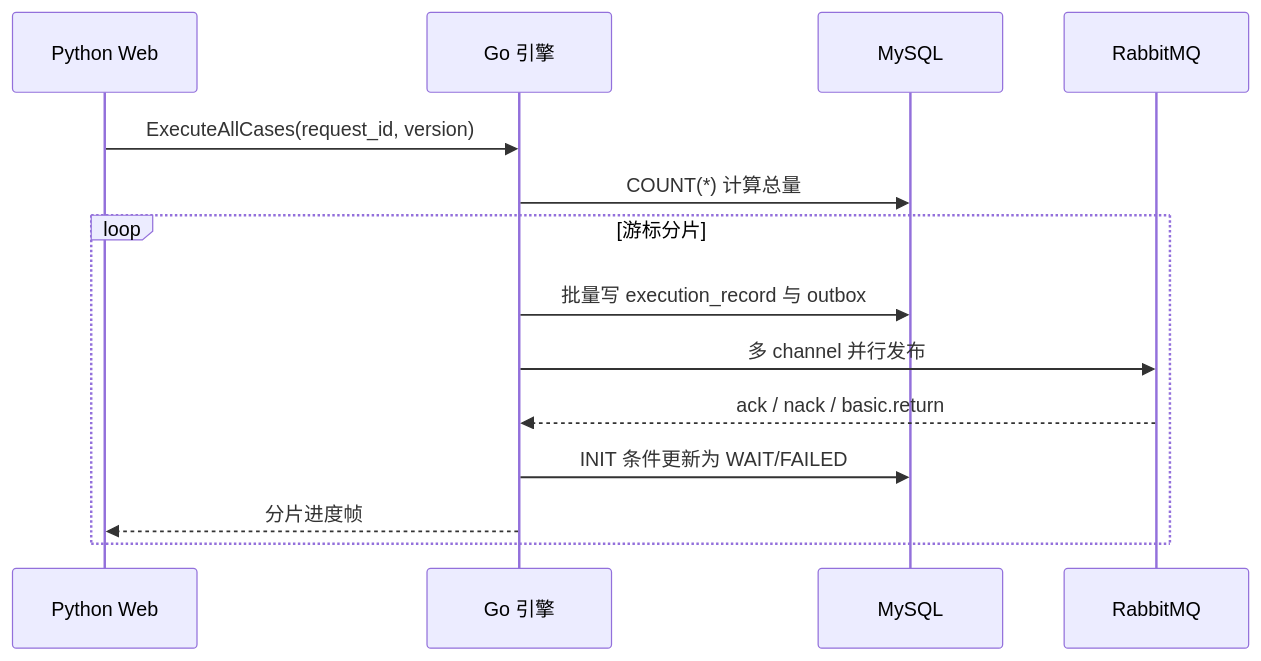
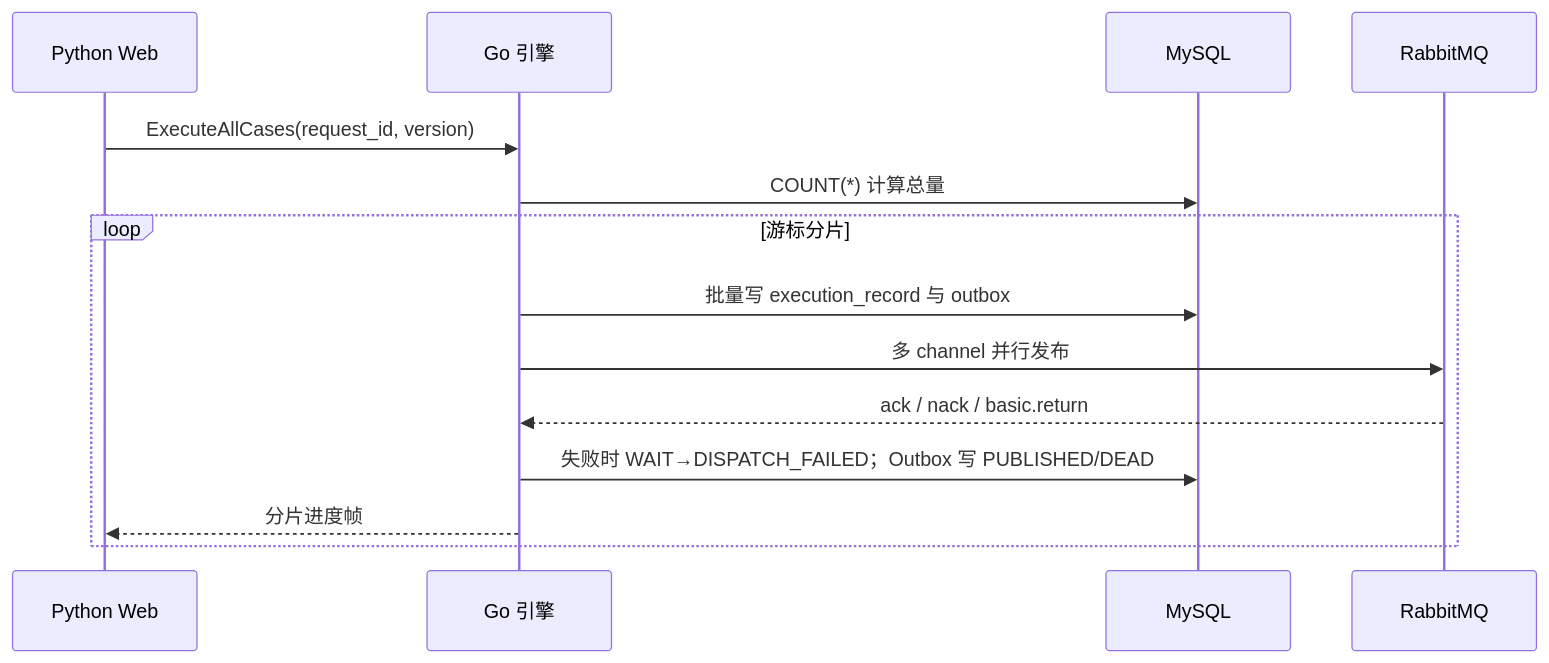
One commit to LuukkaToT/case-execution changed the diagram in execution-engine/docs/architecture.md. Above: the diagram before and after it, drawn with Mermaid. The commit also changed other lines of this file and 26 other files, not shown here.

````diff
--- a/execution-engine/docs/architecture.md
+++ b/execution-engine/docs/architecture.md
@@ -11,17 +11,17 @@
 ```mermaid
 sequenceDiagram
     participant P as Python Web
     participant G as Go 引擎
     participant D as MySQL
     participant M as RabbitMQ
 
     P->>G: ExecuteAllCases(request_id, version)
     G->>D: COUNT(*) 计算总量
     loop 游标分片
         G->>D: 批量写 execution_record 与 outbox
         G->>M: 多 channel 并行发布
         M-->>G: ack / nack / basic.return
-        G->>D: INIT 条件更新为 WAIT/FAILED
+        G->>D: 失败时 WAIT→DISPATCH_FAILED；Outbox 写 PUBLISHED/DEAD
         G-->>P: 分片进度帧
     end
 ```
````
